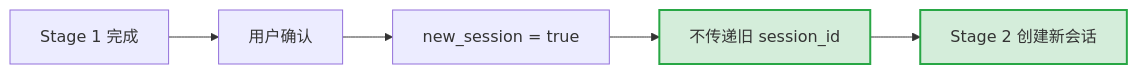
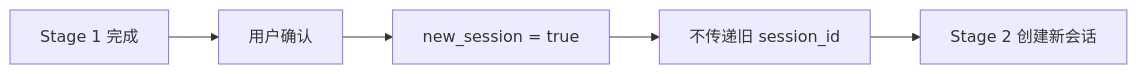
One commit to wecode-ai/Wegent changed the ninth of 10 diagrams in docs/zh/features/task-restore.md. Above: the diagram before and after it, drawn with Mermaid. The commit also changed other lines of this file, not shown here.

````diff
--- a/docs/zh/features/task-restore.md
+++ b/docs/zh/features/task-restore.md
@@ -190,9 +271,7 @@
 ```mermaid
 flowchart LR
     A[Stage 1 完成] --> B[用户确认]
     B --> C[new_session = true]
-    C --> D[不传递旧 session_id]:::new
-    D --> E[Stage 2 创建新会话]:::new
-
-    classDef new fill:#d4edda,stroke:#28a745,stroke-width:2px
+    C --> D[不传递旧 session_id]
+    D --> E[Stage 2 创建新会话]
 ```
````
